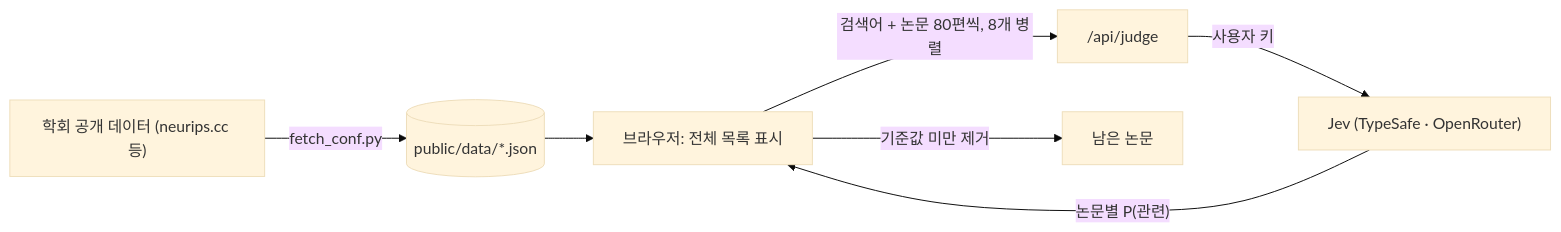
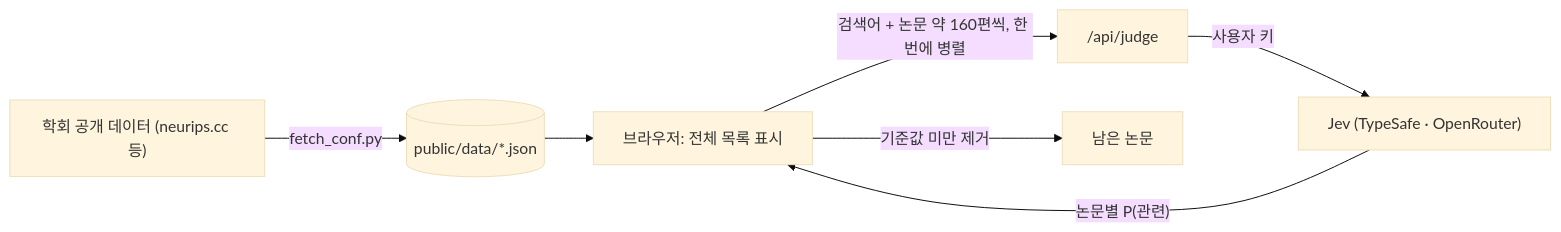
The diagram in README.md (yongukpark/astrolabe), drawn with Mermaid (base theme) before and after one commit. The commit also changed other lines of this file and 7 other files, not shown here.

````diff
--- a/README.md
+++ b/README.md
@@ -31,9 +31,9 @@
 ```mermaid
 flowchart LR
     A["학회 공개 데이터 (neurips.cc 등)"] -->|fetch_conf.py| B[("public/data/*.json")]
     B --> C[브라우저: 전체 목록 표시]
-    C -->|"검색어 + 논문 80편씩, 8개 병렬"| D["/api/judge"]
+    C -->|"검색어 + 논문 약 160편씩, 한 번에 병렬"| D["/api/judge"]
     D -->|사용자 키| E["Jev (TypeSafe · OpenRouter)"]
     E -->|"논문별 P(관련)"| C
     C -->|기준값 미만 제거| F[남은 논문]
 ```
````
